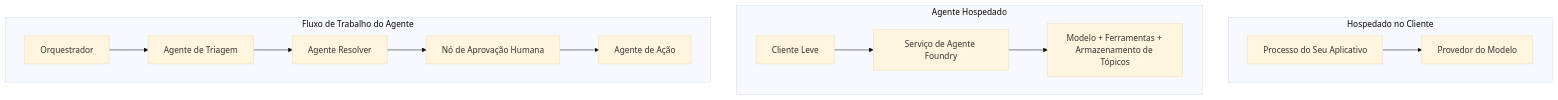
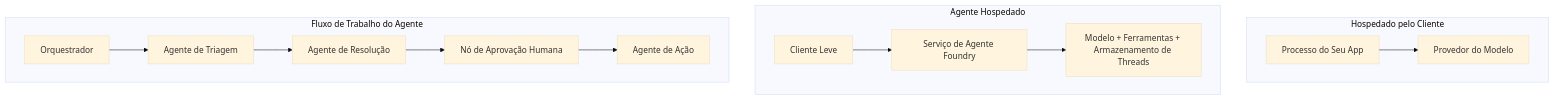
The first of 4 diagrams in translations/pt-BR/16-deploying-scalable-agents/README.md (microsoft/ai-agents-for-beginners), drawn with Mermaid (base theme) before and after one commit. The commit also changed other lines of this file and 46 other files, not shown here.

````diff
--- a/translations/pt-BR/16-deploying-scalable-agents/README.md
+++ b/translations/pt-BR/16-deploying-scalable-agents/README.md
@@ -87,16 +87,16 @@
 ```mermaid
 flowchart TB
-    subgraph P1[Hospedado no Cliente]
-        A1[Processo do Seu Aplicativo] --> M1[Provedor do Modelo]
+    subgraph P1[Hospedado pelo Cliente]
+        A1[Processo do Seu App] --> M1[Provedor do Modelo]
     end
     subgraph P2[Agente Hospedado]
         A2[Cliente Leve] --> F2[Serviço de Agente Foundry]
-        F2 --> M2[Modelo + Ferramentas + Armazenamento de Tópicos]
+        F2 --> M2[Modelo + Ferramentas + Armazenamento de Threads]
     end
     subgraph P3[Fluxo de Trabalho do Agente]
         A3[Orquestrador] --> S1[Agente de Triagem]
-        S1 --> S2[Agente Resolver]
+        S1 --> S2[Agente de Resolução]
         S2 --> H[Nó de Aprovação Humana]
         H --> S3[Agente de Ação]
     end
 ```
````
